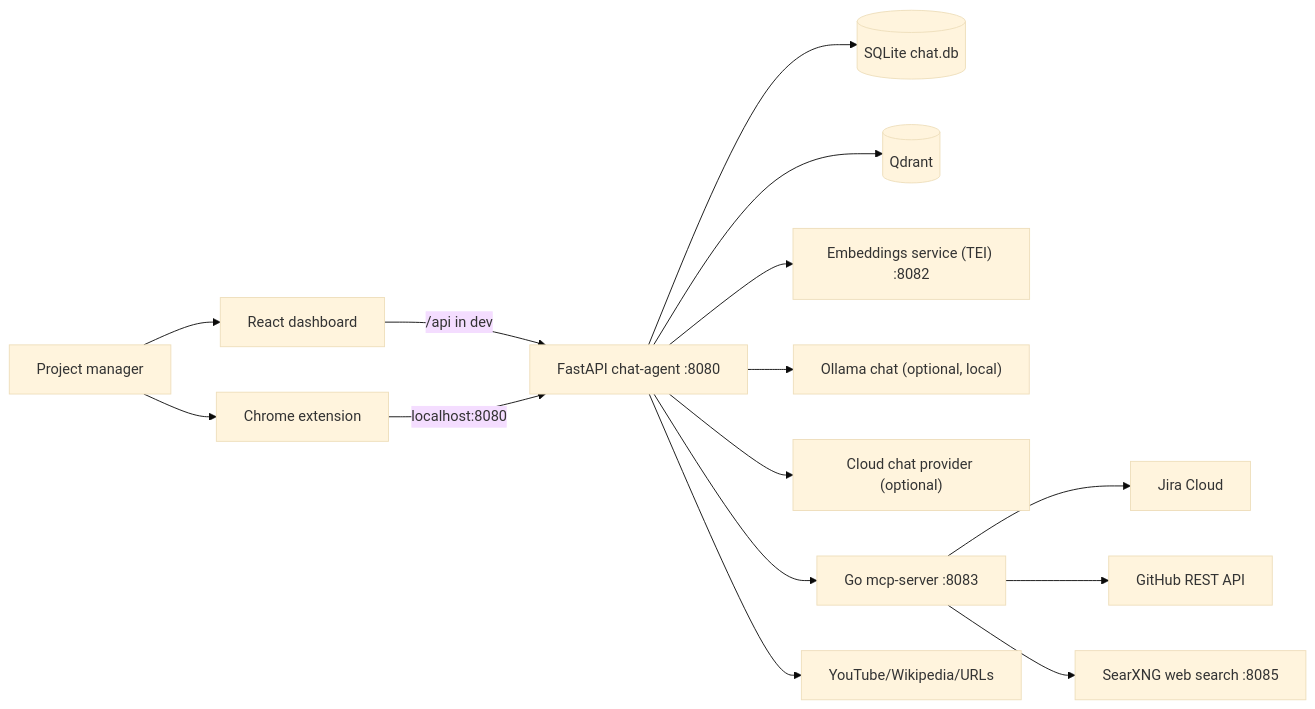
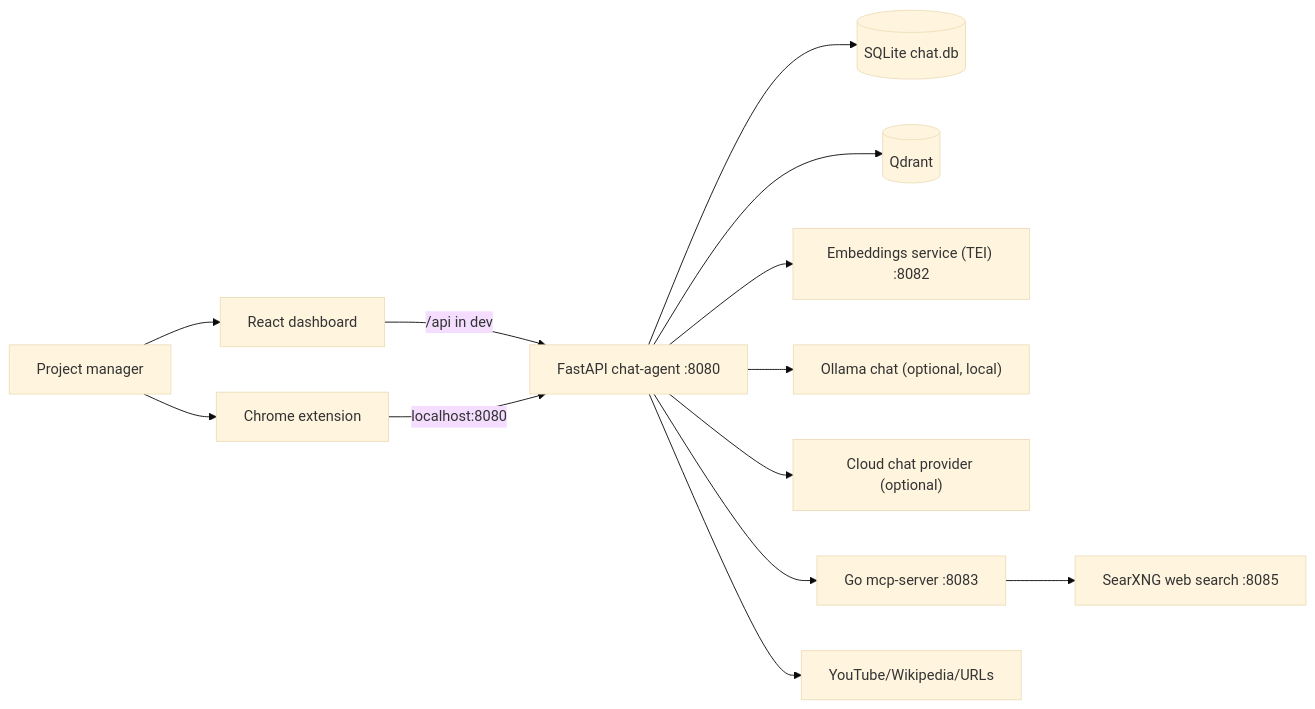
The first of 4 diagrams in README.md (nazim117/Research-Agent), drawn with Mermaid (base theme) before and after one commit. The commit also changed other lines of this file and 46 other files, not shown here.

First line of the commit message:
Remove Jira/GitHub integration

````diff
--- a/README.md
+++ b/README.md
@@ -34,19 +32,17 @@
 ```mermaid
 flowchart LR
   User["Project manager"] --> Dashboard["React dashboard"]
   User --> Extension["Chrome extension"]
 
   Dashboard -->|/api in dev| ChatAgent["FastAPI chat-agent :8080"]
   Extension -->|localhost:8080| ChatAgent
 
   ChatAgent --> SQLite[("SQLite chat.db")]
   ChatAgent --> Qdrant[("Qdrant")]
   ChatAgent --> Embeddings["Embeddings service (TEI) :8082"]
   ChatAgent --> Ollama["Ollama chat (optional, local)"]
   ChatAgent --> LLM["Cloud chat provider (optional)"]
   ChatAgent --> MCP["Go mcp-server :8083"]
-  MCP --> Jira["Jira Cloud"]
-  MCP --> GitHub["GitHub REST API"]
   MCP --> SearXNG["SearXNG web search :8085"]
   ChatAgent --> Web["YouTube/Wikipedia/URLs"]
 ```
````
